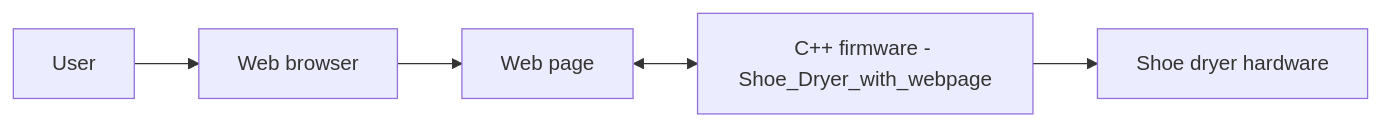
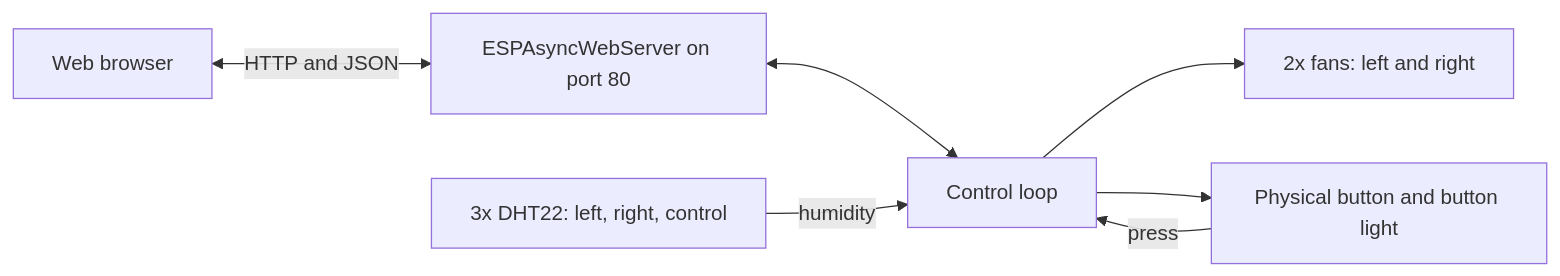
Before and after one commit to MriceDK/shoe-dryer: the diagram in README.md, drawn with Mermaid. The commit also changed other lines of this file, not shown here.

````diff
--- a/README.md
+++ b/README.md
@@ -35,13 +41,16 @@
 ```mermaid
 flowchart LR
-    User[User]
     Browser[Web browser]
-    Web[Web page]
-    Code[C++ firmware - Shoe_Dryer_with_webpage]
-    Dryer[Shoe dryer hardware]
+    Web[ESPAsyncWebServer on port 80]
+    Logic[Control loop]
+    Sensors[3x DHT22: left, right, control]
+    Button[Physical button and button light]
+    Fans[2x fans: left and right]
 
-    User --> Browser
-    Browser --> Web
-    Web <--> Code
-    Code --> Dryer
+    Browser <-->|HTTP and JSON| Web
+    Web <--> Logic
+    Sensors -->|humidity| Logic
+    Button -->|press| Logic
+    Logic --> Fans
+    Logic --> Button
 ```
````
